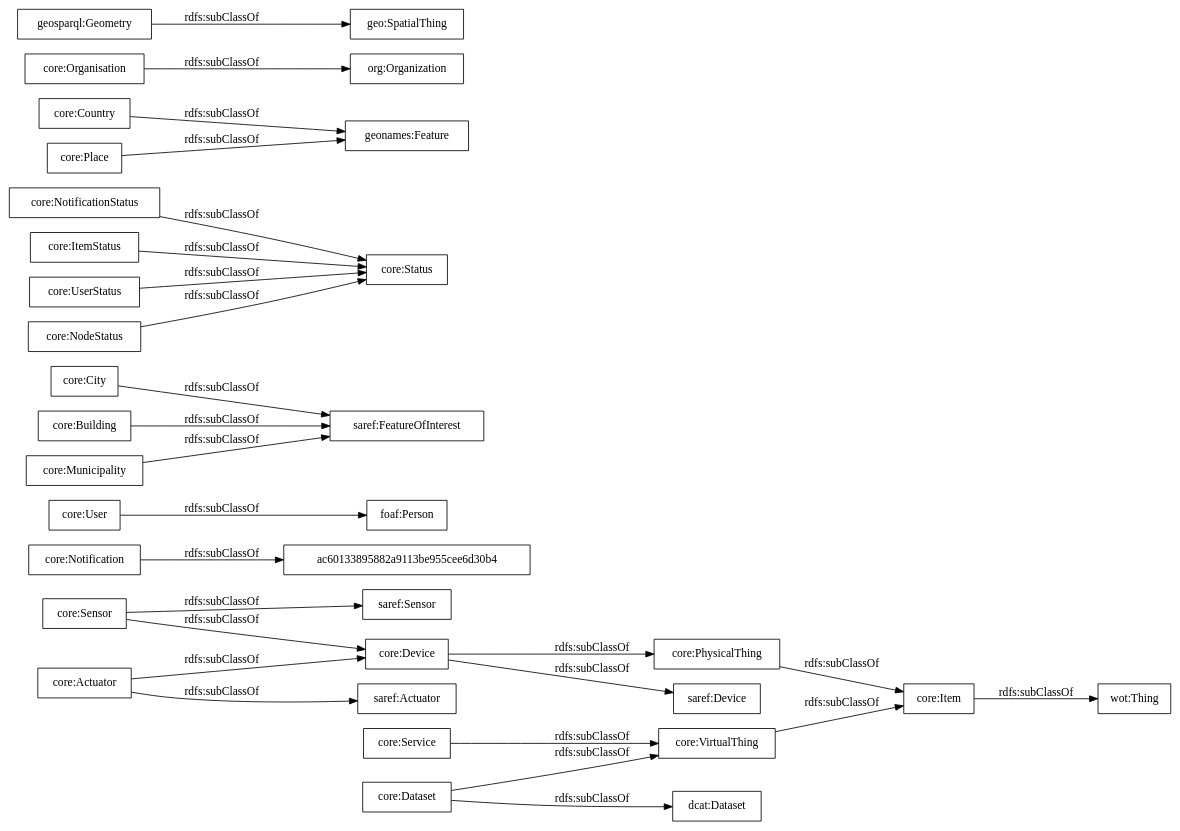
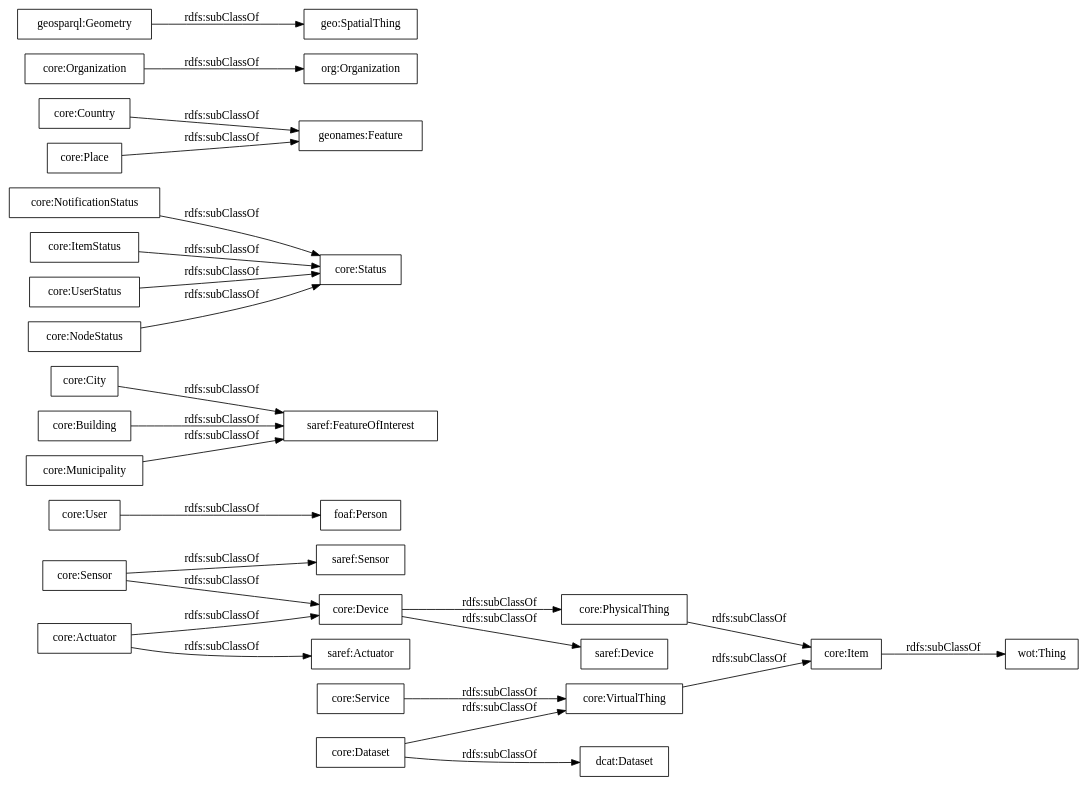
The diagram in OnToology/ontology/auroral-core.ttl/diagrams/ar2dtool-taxonomy/auroral-core.ttl.png.dot (oeg-upm/auroral-core-ontology), drawn with Graphviz before and after one commit. The commit also changed 12 other files, not shown here.

```diff
--- a/OnToology/ontology/auroral-core.ttl/diagrams/ar2dtool-taxonomy/auroral-core.ttl.png.dot
+++ b/OnToology/ontology/auroral-core.ttl/diagrams/ar2dtool-taxonomy/auroral-core.ttl.png.dot
@@ -1,31 +1,30 @@
 digraph ar2dtool_diagram { 
 rankdir=LR;
 size="1000"
-node [shape = rectangle, color="black"]; "wot:Thing" "ac60133895882a9113be955cee6d30b4" "saref:Actuator" "core:User" "saref:Device" "core:City" "core:NotificationStatus" "geonames:Feature" "core:Status" "core:Service" "core:Device" "core:Sensor" "core:Actuator" "core:Organisation" "foaf:Person" "core:Building" "org:Organization" "core:Country" "core:Item" "geosparql:Geometry" "core:Place" "core:Notification" "core:ItemStatus" "geo:SpatialThing" "core:PhysicalThing" "core:Dataset" "core:UserStatus" "core:NodeStatus" "core:Municipality" "core:VirtualThing" "saref:FeatureOfInterest" "saref:Sensor" "dcat:Dataset" ; /*classes style*/
+node [shape = rectangle, color="black"]; "wot:Thing" "saref:Actuator" "core:User" "saref:Device" "core:City" "core:NotificationStatus" "geonames:Feature" "core:Status" "core:Service" "core:Device" "core:Sensor" "core:Actuator" "foaf:Person" "core:Building" "org:Organization" "core:Country" "core:Item" "geosparql:Geometry" "core:Organization" "core:Place" "core:ItemStatus" "geo:SpatialThing" "core:PhysicalThing" "core:Dataset" "core:UserStatus" "core:NodeStatus" "core:Municipality" "core:VirtualThing" "saref:FeatureOfInterest" "saref:Sensor" "dcat:Dataset" ; /*classes style*/
 	"core:ItemStatus" -> "core:Status" [ label = "rdfs:subClassOf" ];
 	"core:Service" -> "core:VirtualThing" [ label = "rdfs:subClassOf" ];
 	"core:Country" -> "geonames:Feature" [ label = "rdfs:subClassOf" ];
-	"core:Organisation" -> "org:Organization" [ label = "rdfs:subClassOf" ];
 	"core:User" -> "foaf:Person" [ label = "rdfs:subClassOf" ];
 	"core:Building" -> "saref:FeatureOfInterest" [ label = "rdfs:subClassOf" ];
 	"core:PhysicalThing" -> "core:Item" [ label = "rdfs:subClassOf" ];
 	"core:Device" -> "saref:Device" [ label = "rdfs:subClassOf" ];
 	"core:Device" -> "core:PhysicalThing" [ label = "rdfs:subClassOf" ];
+	"core:Organization" -> "org:Organization" [ label = "rdfs:subClassOf" ];
 	"core:Municipality" -> "saref:FeatureOfInterest" [ label = "rdfs:subClassOf" ];
 	"core:NodeStatus" -> "core:Status" [ label = "rdfs:subClassOf" ];
 	"core:UserStatus" -> "core:Status" [ label = "rdfs:subClassOf" ];
 	"core:Sensor" -> "saref:Sensor" [ label = "rdfs:subClassOf" ];
 	"core:Sensor" -> "core:Device" [ label = "rdfs:subClassOf" ];
 	"core:VirtualThing" -> "core:Item" [ label = "rdfs:subClassOf" ];
 	"core:Actuator" -> "saref:Actuator" [ label = "rdfs:subClassOf" ];
 	"core:Actuator" -> "core:Device" [ label = "rdfs:subClassOf" ];
+	"core:Item" -> "wot:Thing" [ label = "rdfs:subClassOf" ];
 	"core:Place" -> "geonames:Feature" [ label = "rdfs:subClassOf" ];
-	"core:Item" -> "wot:Thing" [ label = "rdfs:subClassOf" ];
 	"core:Dataset" -> "core:VirtualThing" [ label = "rdfs:subClassOf" ];
 	"core:Dataset" -> "dcat:Dataset" [ label = "rdfs:subClassOf" ];
 	"geosparql:Geometry" -> "geo:SpatialThing" [ label = "rdfs:subClassOf" ];
-	"core:Notification" -> "ac60133895882a9113be955cee6d30b4" [ label = "rdfs:subClassOf" ];
 	"core:NotificationStatus" -> "core:Status" [ label = "rdfs:subClassOf" ];
 	"core:City" -> "saref:FeatureOfInterest" [ label = "rdfs:subClassOf" ];
 
 }
```
